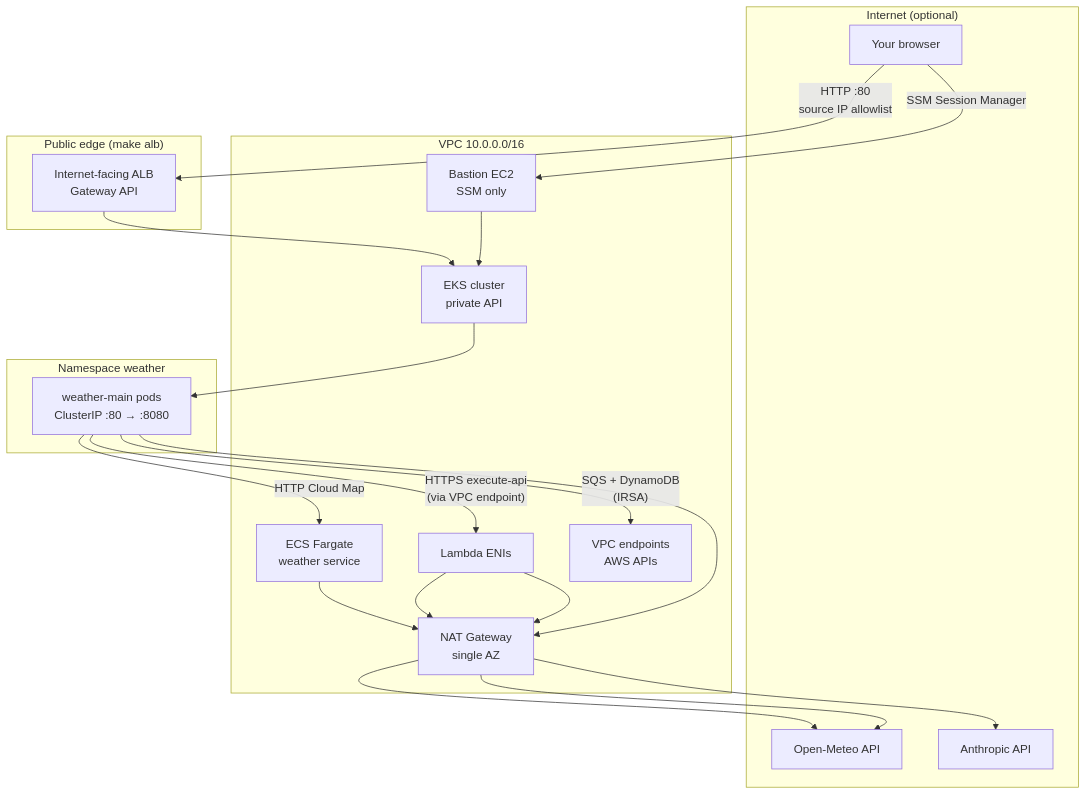
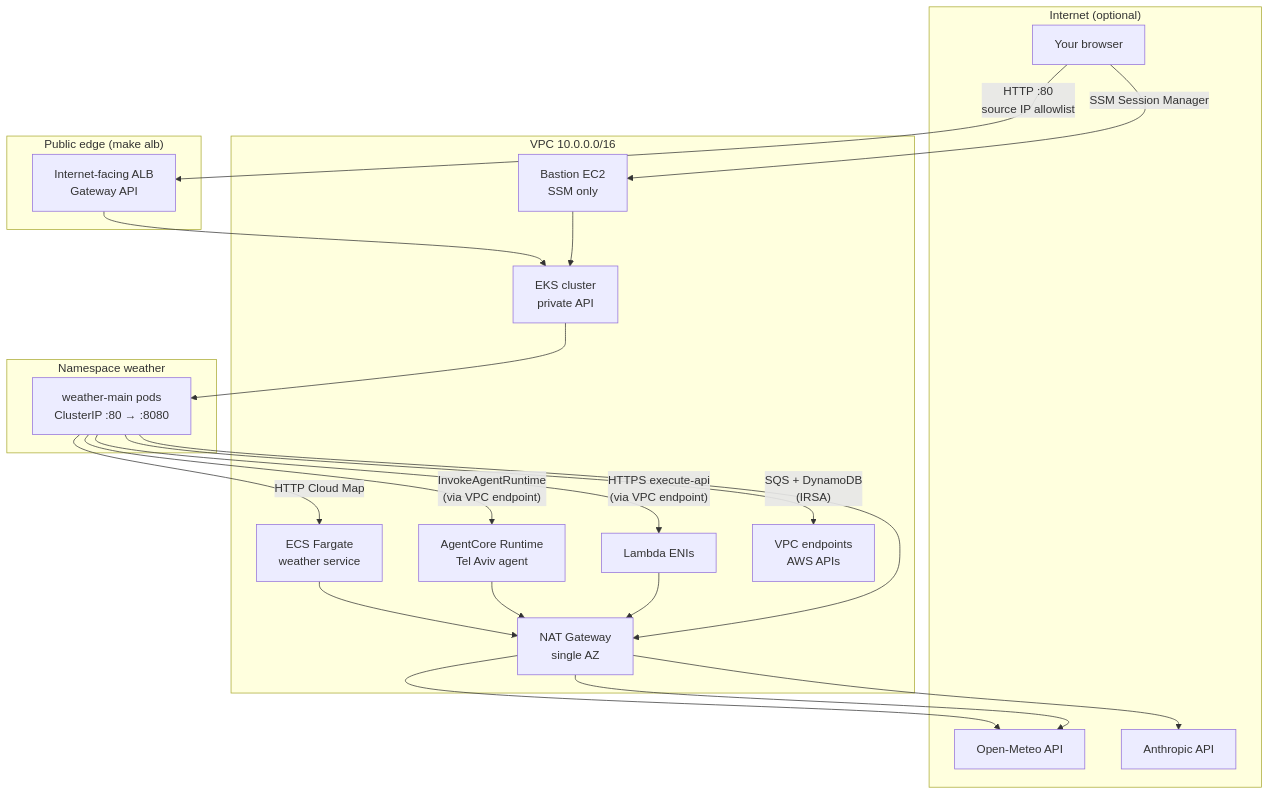
One commit to evyatare92/aws-project changed the first of 2 diagrams in docs/architecture/overview.md. Above: the diagram before and after it, drawn with Mermaid. The commit also changed other lines of this file and 22 other files, not shown here.

Commit message:
add agent core

````diff
--- a/docs/architecture/overview.md
+++ b/docs/architecture/overview.md
@@ -11,40 +11,44 @@
 ```mermaid
 flowchart TB
   subgraph Internet["Internet (optional)"]
     UserPC["Your browser"]
     OpenMeteo["Open-Meteo API"]
     Anthropic["Anthropic API"]
   end
 
   subgraph PublicEdge["Public edge (make alb)"]
     ALB["Internet-facing ALB\nGateway API"]
   end
 
   subgraph VPC["VPC 10.0.0.0/16"]
     Bastion["Bastion EC2\nSSM only"]
     EKS["EKS cluster\nprivate API"]
     ECS["ECS Fargate\nweather service"]
+    AgentCore["AgentCore Runtime\nTel Aviv agent"]
     LambdaVPC["Lambda ENIs"]
     VPCE["VPC endpoints\nAWS APIs"]
     NAT["NAT Gateway\nsingle AZ"]
   end
 
   UserPC -->|"HTTP :80\nsource IP allowlist"| ALB
   UserPC -->|"SSM Session Manager"| Bastion
   ALB --> EKS
   Bastion --> EKS
 
   subgraph MainApp["Namespace weather"]
     Pods["weather-main pods\nClusterIP :80 → :8080"]
   end
 
   EKS --> Pods
   Pods -->|"HTTP Cloud Map"| ECS
   Pods -->|"HTTPS execute-api\n(via VPC endpoint)"| LambdaVPC
+  Pods -->|"InvokeAgentRuntime\n(via VPC endpoint)"| AgentCore
   Pods -->|"SQS + DynamoDB\n(IRSA)"| VPCE
 
   ECS --> NAT --> OpenMeteo
-  LambdaVPC --> NAT --> OpenMeteo
-  LambdaVPC --> NAT --> Anthropic
+  AgentCore --> NAT
+  NAT --> OpenMeteo
+  NAT --> Anthropic
+  LambdaVPC --> NAT
   Pods --> NAT
 ```
````
